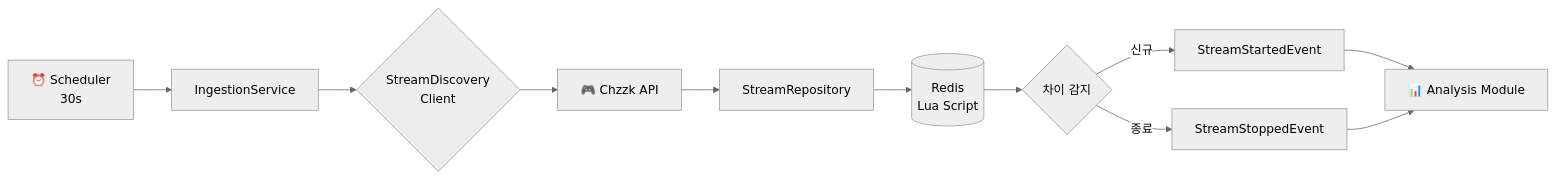
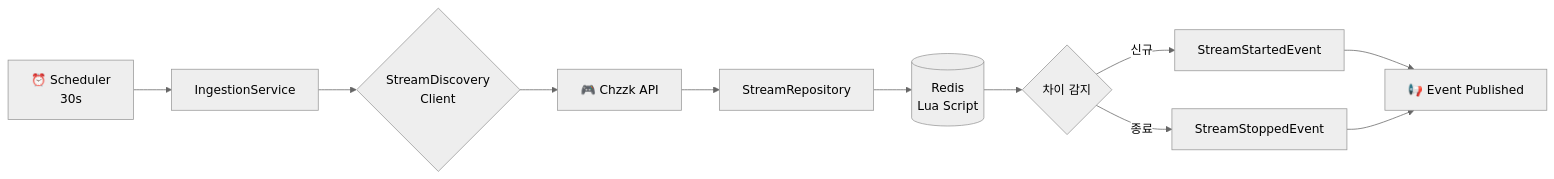
Before and after one commit to Firedrago95/stream-engine: the first of 2 diagrams in README.md, drawn with Mermaid (neutral theme). The commit also changed other lines of this file, not shown here.

````diff
--- a/README.md
+++ b/README.md
@@ -80,13 +88,13 @@
 ```mermaid
 flowchart LR
     A[⏰ Scheduler<br/>30s] --> B[IngestionService]
     B --> C{StreamDiscovery<br/>Client}
     C --> D[🎮 Chzzk API]
     D --> E[StreamRepository]
     E --> F[(Redis<br/>Lua Script)]
     F --> G{차이 감지}
     G -->|신규| H[StreamStartedEvent]
     G -->|종료| I[StreamStoppedEvent]
-    H --> J[📊 Analysis Module]
-    I --> J
+    H --> Z[📢 Event Published]
+    I --> Z
 ```
````
